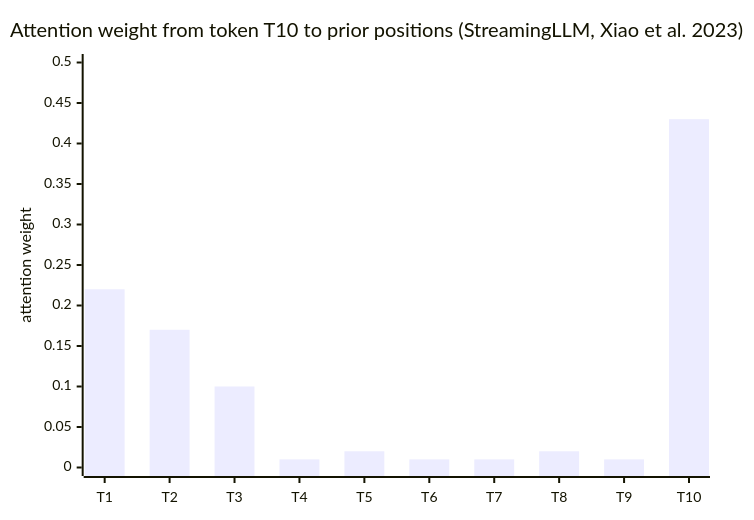
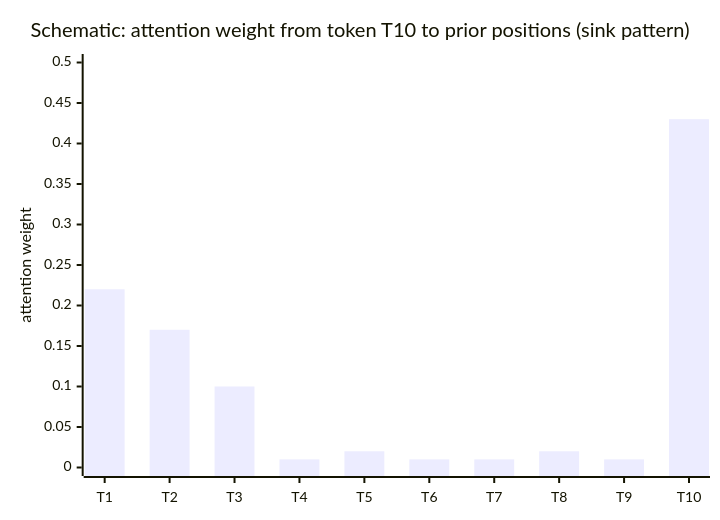
The diagram in src/main/java/com/rutik/systemdesign/llm/foundations_and_architecture/attention_mechanisms.md (rppol/system-design), drawn with Mermaid before and after one commit. The commit also changed other lines of this file and 113 other files, not shown here.

````diff
--- a/src/main/java/com/rutik/systemdesign/llm/foundations_and_architecture/attention_mechanisms.md
+++ b/src/main/java/com/rutik/systemdesign/llm/foundations_and_architecture/attention_mechanisms.md
@@ -267,7 +271,7 @@
 ```mermaid
 xychart-beta
-    title "Attention weight from token T10 to prior positions (StreamingLLM, Xiao et al. 2023)"
+    title "Schematic: attention weight from token T10 to prior positions (sink pattern)"
     x-axis [T1, T2, T3, T4, T5, T6, T7, T8, T9, T10]
     y-axis "attention weight" 0 --> 0.5
     bar [0.22, 0.17, 0.10, 0.01, 0.02, 0.01, 0.01, 0.02, 0.01, 0.43]
 ```
````
